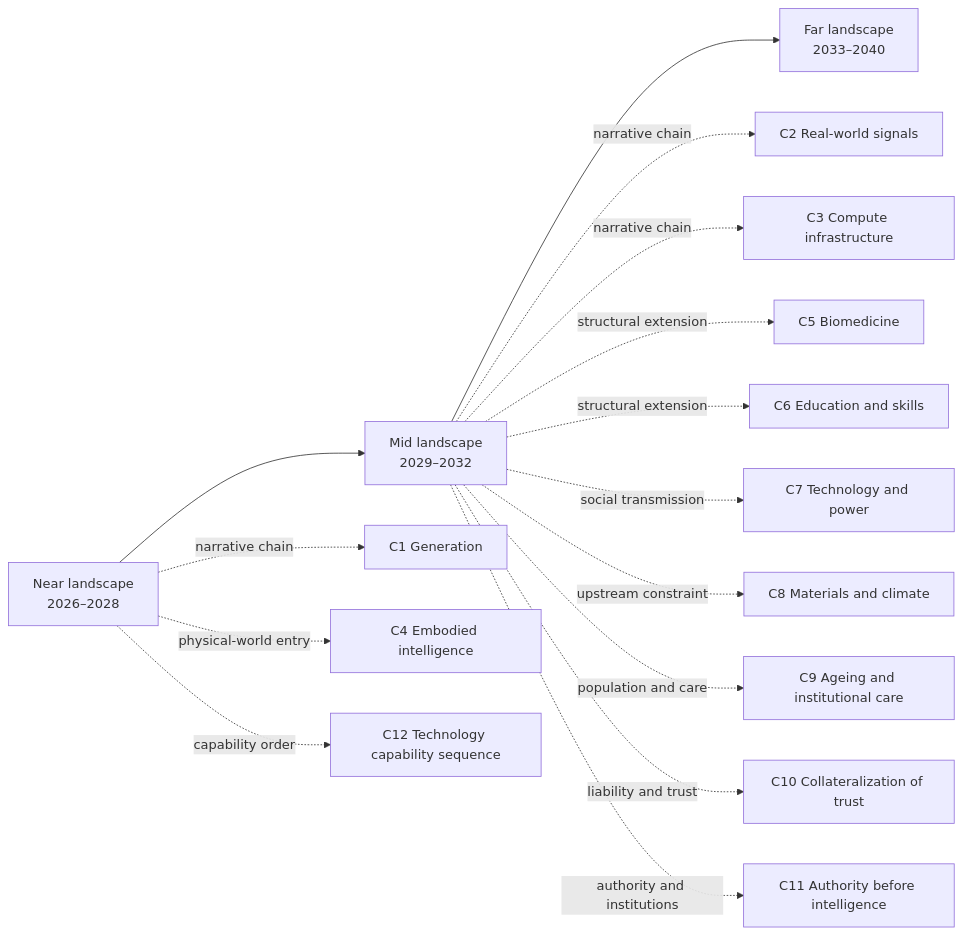
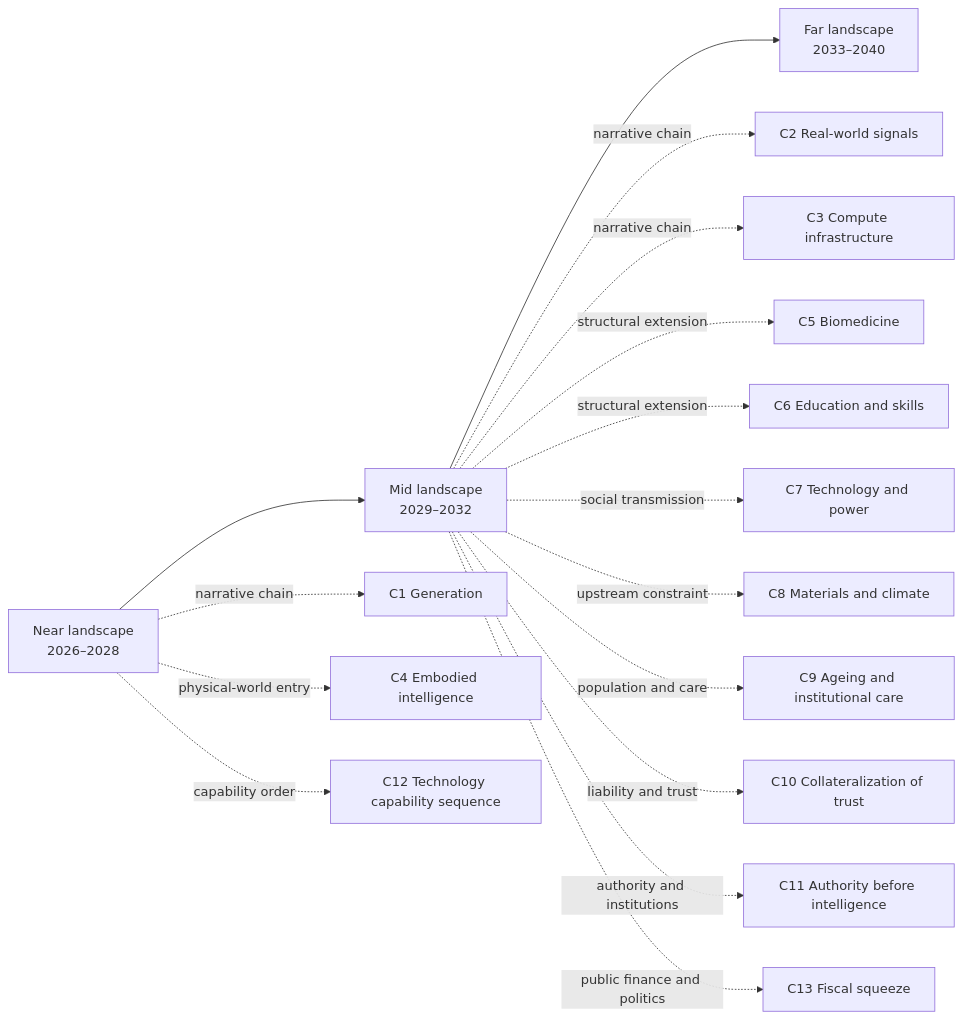
One commit to SenZhangAI/foresight-by-ai changed the diagram in README.en.md. Above: the diagram before and after it, drawn with Mermaid. The commit also changed other lines of this file and 25 other files, not shown here.

````diff
--- a/README.en.md
+++ b/README.en.md
@@ -181,17 +184,18 @@
 ```mermaid
 flowchart LR
   N[Near landscape\n2026–2028] --> M[Mid landscape\n2029–2032]
   M --> F[Far landscape\n2033–2040]
   N -.narrative chain.-> C1[C1 Generation]
   M -.narrative chain.-> C2[C2 Real-world signals]
   M -.narrative chain.-> C3[C3 Compute infrastructure]
   N -.physical-world entry.-> C4[C4 Embodied intelligence]
   M -.structural extension.-> C5[C5 Biomedicine]
   M -.structural extension.-> C6[C6 Education and skills]
   M -.social transmission.-> C7[C7 Technology and power]
   M -.upstream constraint.-> C8[C8 Materials and climate]
   M -.population and care.-> C9[C9 Ageing and institutional care]
   M -.liability and trust.-> C10[C10 Collateralization of trust]
   M -.authority and institutions.-> C11[C11 Authority before intelligence]
   N -.capability order.-> C12[C12 Technology capability sequence]
+  M -.public finance and politics.-> C13[C13 Fiscal squeeze]
 ```
````
